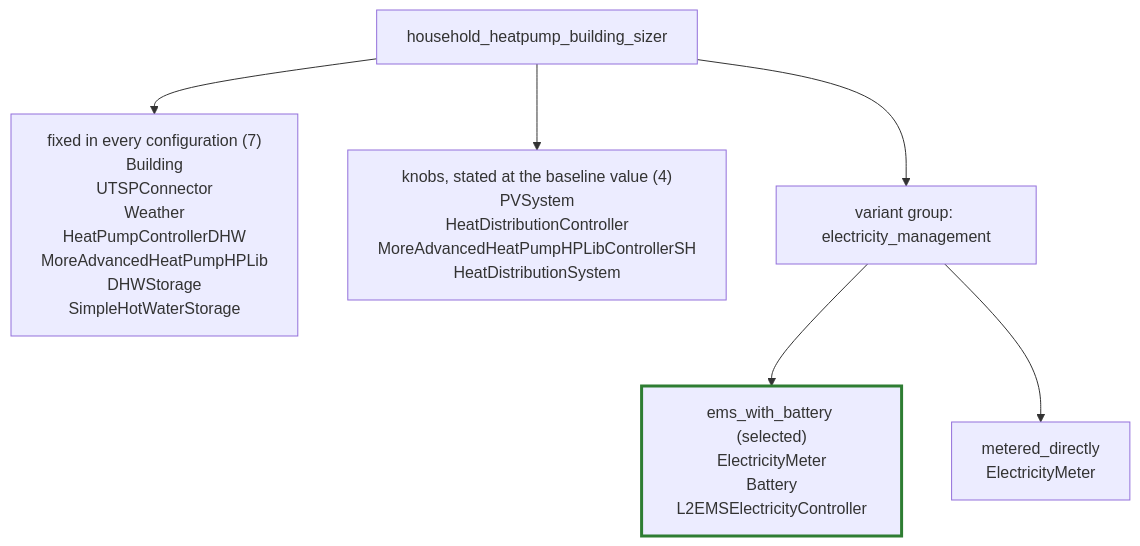
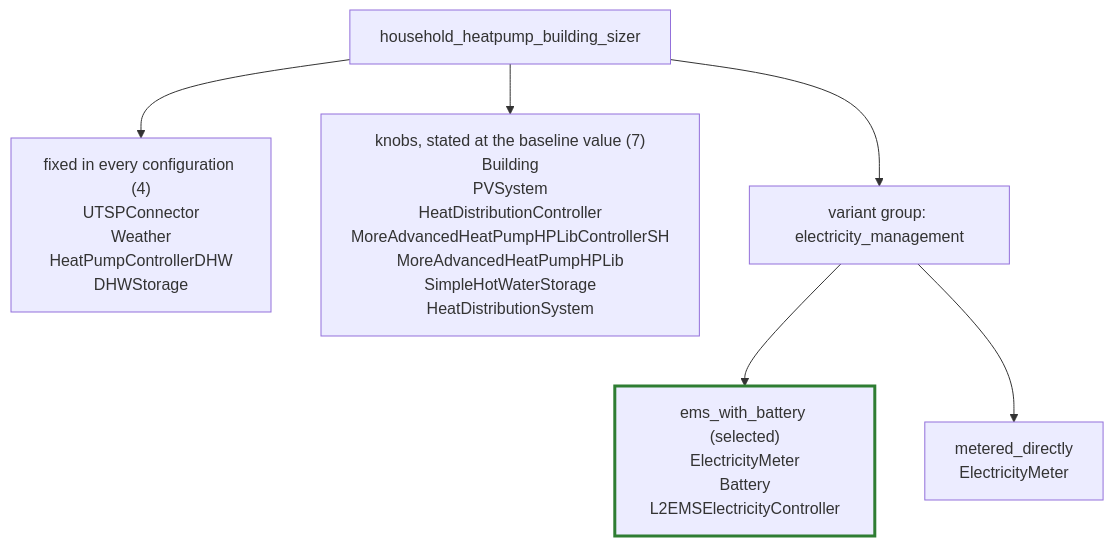
The diagram in roadmap/declarative_energy_systems/grouping_overview.md (FZJ-IEK3-VSA/HiSim), drawn with Mermaid before and after one commit. The commit also changed other lines of this file and 5 other files, not shown here.

````diff
--- a/roadmap/declarative_energy_systems/grouping_overview.md
+++ b/roadmap/declarative_energy_systems/grouping_overview.md
@@ -30,18 +30,18 @@
 ```mermaid
 flowchart TD
     setup["household_heatpump_building_sizer"]
-    fixed["fixed in every configuration (7)<br/>Building<br/>UTSPConnector<br/>Weather<br/>HeatPumpControllerDHW<br/>MoreAdvancedHeatPumpHPLib<br/>DHWStorage<br/>SimpleHotWaterStorage"]
-    knobs["knobs, stated at the baseline value (4)<br/>PVSystem<br/>HeatDistributionController<br/>MoreAdvancedHeatPumpHPLibControllerSH<br/>HeatDistributionSystem"]
+    fixed["fixed in every configuration (4)<br/>UTSPConnector<br/>Weather<br/>HeatPumpControllerDHW<br/>DHWStorage"]
+    knobs["knobs, stated at the baseline value (7)<br/>Building<br/>PVSystem<br/>HeatDistributionController<br/>MoreAdvancedHeatPumpHPLibControllerSH<br/>MoreAdvancedHeatPumpHPLib<br/>SimpleHotWaterStorage<br/>HeatDistributionSystem"]
     group1["variant group: electricity_management"]
     optA["ems_with_battery (selected)<br/>ElectricityMeter<br/>Battery<br/>L2EMSElectricityController"]
     optB["metered_directly<br/>ElectricityMeter"]
 
     setup --> fixed
     setup --> knobs
     setup --> group1
     group1 --> optA
     group1 --> optB
 
     classDef selected stroke:#2e7d32,stroke-width:3px;
     class optA selected;
 ```
````
